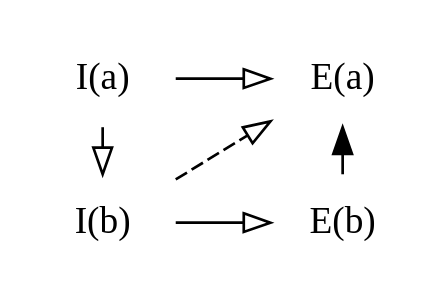
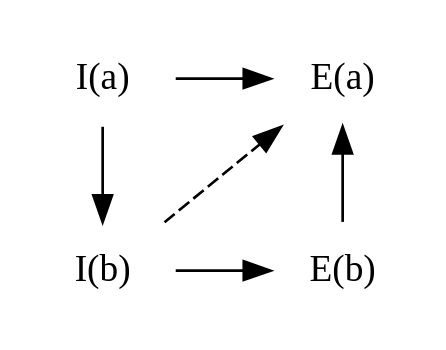
The fourth of 6 diagrams in src/refining-rust-type-system.md (zetanumbers/book), drawn with Graphviz before and after one commit. The commit also changed other lines of this file and 2 other files, not shown here.

````diff
--- a/src/refining-rust-type-system.md
+++ b/src/refining-rust-type-system.md
@@ -104,16 +105,15 @@
 ```dot process
 digraph G {
   rankdir="LR";
   node [shape="none",fontname="MathJax_Math"];
-  edge [arrowhead=empty]
   ia [label="I(a)"];
   ea [label="E(a)"];
   ib [label="I(b)"];
   eb [label="E(b)"];
   ia -> ea;
-  ia -> ib [constraint=false];
+  ia -> ib [constraint=false,minlen=2];
   ib -> eb;
   ib -> ea [style=dashed,constraint=false];
-  eb -> ea [arrowhead="",constraint=false];
+  eb -> ea [constraint=false];
 }
 ```
````
